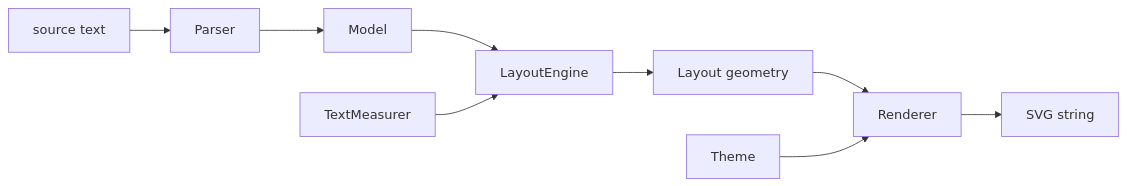
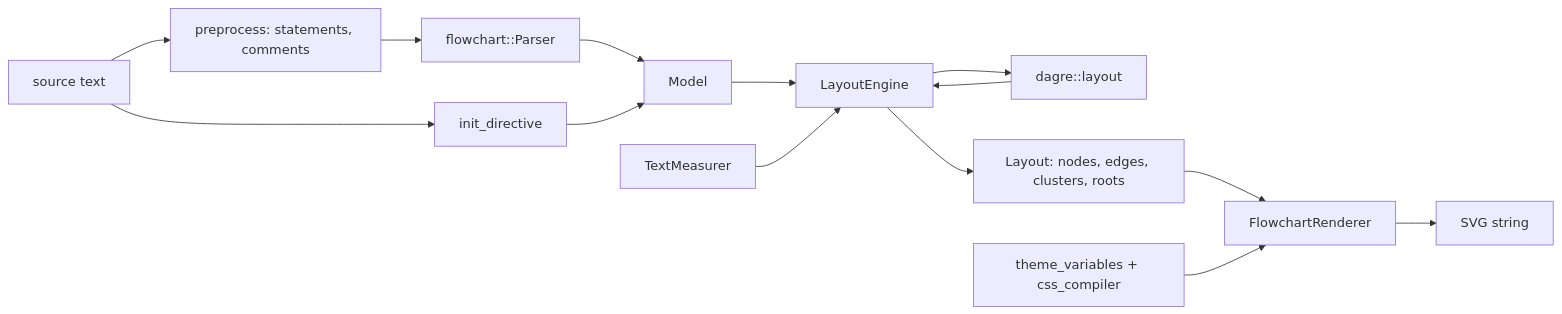
Before and after one commit to MohammadRaziei/mermaid.cpp: the diagram in architecture.md, drawn with Mermaid. The commit also changed other lines of this file and 19 other files, not shown here.

````diff
--- a/architecture.md
+++ b/architecture.md
@@ -25,11 +28,16 @@
 ```mermaid
 flowchart LR
-    S[source text] --> P[Parser]
+    S[source text] --> PP[preprocess: statements, comments]
+    PP --> P[flowchart::Parser]
+    S --> I[init_directive]
     P --> M[Model]
+    I --> M
     M --> L[LayoutEngine]
-    L --> G[Layout geometry]
-    G --> R[Renderer]
+    T[TextMeasurer] --> L
+    L --> D[dagre::layout]
+    D --> L
+    L --> G[Layout: nodes, edges, clusters, roots]
+    G --> R[FlowchartRenderer]
+    TV[theme_variables + css_compiler] --> R
     R --> V[SVG string]
-    T[TextMeasurer] --> L
-    TH[Theme] --> R
 ```
````
